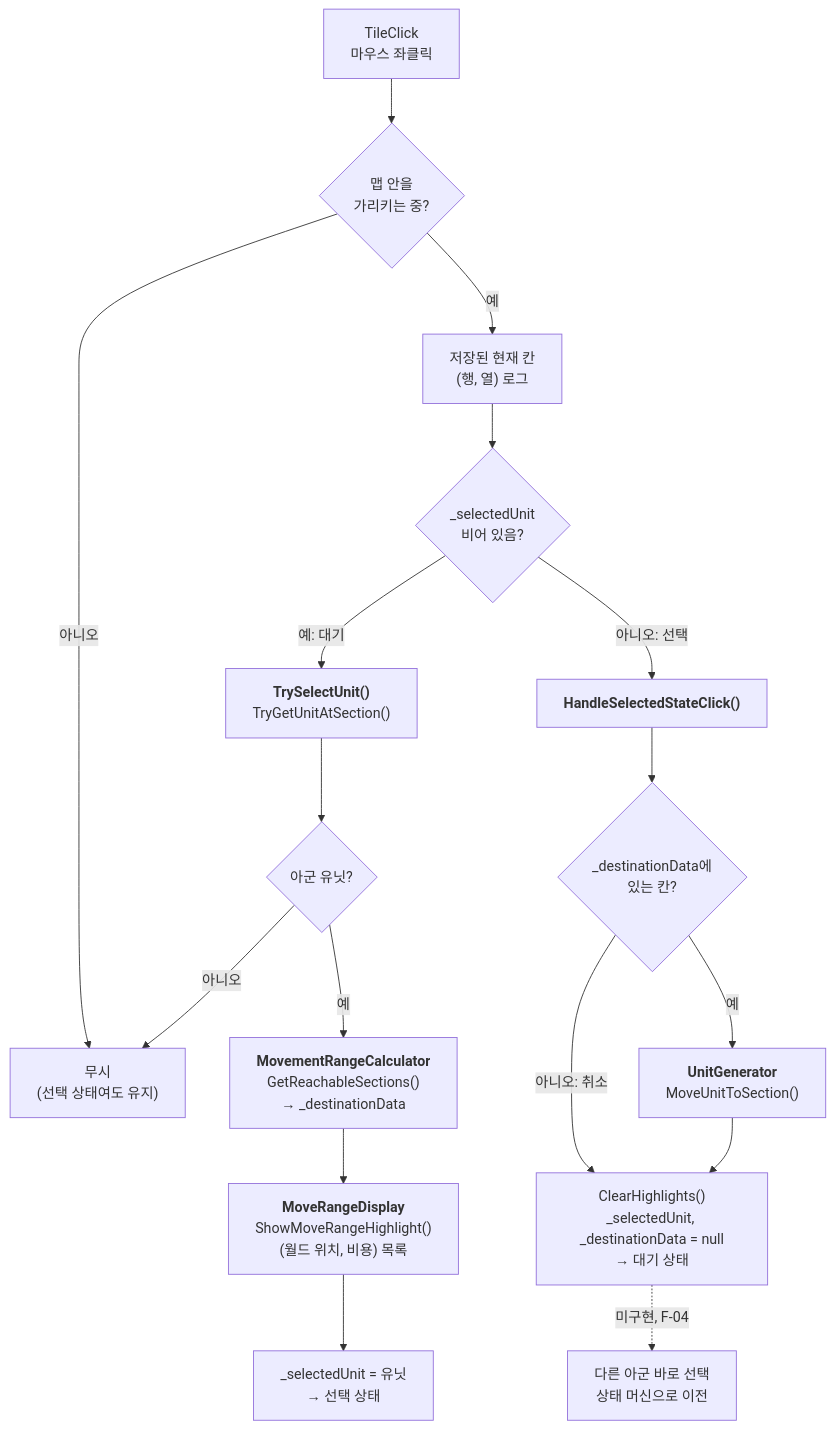
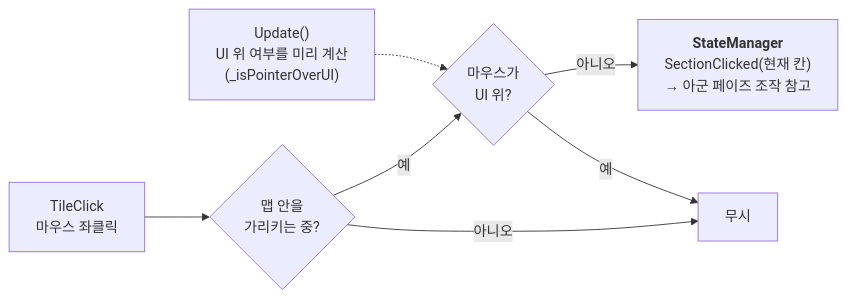
The ninth of 19 diagrams in Docs/ImplementDocs/Diagram.md (jayy5288sk/PersonalProject), drawn with Mermaid before and after one commit. The commit also changed other lines of this file and 1 other file, not shown here.

Commit message:
[Docs] 기술문서 작성 및 다이어그램 갱신

````diff
--- a/Docs/ImplementDocs/Diagram.md
+++ b/Docs/ImplementDocs/Diagram.md
@@ -173,21 +177,9 @@
 ```mermaid
-flowchart TB
-    Click["TileClick<br/>마우스 좌클릭"] --> Check{"맵 안을<br/>가리키는 중?"}
-    Check -->|아니오| End["무시<br/>(선택 상태여도 유지)"]
-    Check -->|예| Use["저장된 현재 칸<br/>(행, 열) 로그"]
-    Use --> State{"_selectedUnit<br/>비어 있음?"}
-
-    State -->|예: 대기| Try["<b>TrySelectUnit()</b><br/>TryGetUnitAtSection()"]
-    Try --> Ally{"아군 유닛?"}
-    Ally -->|아니오| End
-    Ally -->|예| Calc["<b>MovementRangeCalculator</b><br/>GetReachableSections()<br/>→ _destinationData"]
-    Calc --> Show["<b>MoveRangeDisplay</b><br/>ShowMoveRangeHighlight()<br/>(월드 위치, 비용) 목록"]
-    Show --> Sel["_selectedUnit = 유닛<br/>→ 선택 상태"]
-
-    State -->|아니오: 선택| Handle["<b>HandleSelectedStateClick()</b>"]
-    Handle --> Dest{"_destinationData에<br/>있는 칸?"}
-    Dest -->|예| Move["<b>UnitGenerator</b><br/>MoveUnitToSection()"]
-    Dest -->|아니오: 취소| Clear
-    Move --> Clear["ClearHighlights()<br/>_selectedUnit, _destinationData = null<br/>→ 대기 상태"]
-    Clear -.->|미구현, F-04| Switch["다른 아군 바로 선택<br/>상태 머신으로 이전"]
+flowchart LR
+    Frame["Update()<br/>UI 위 여부를 미리 계산<br/>(_isPointerOverUI)"] -.-> UI
+    Click["TileClick<br/>마우스 좌클릭"] --> In{"맵 안을<br/>가리키는 중?"}
+    In -->|아니오| End["무시"]
+    In -->|예| UI{"마우스가<br/>UI 위?"}
+    UI -->|예| End
+    UI -->|아니오| SM["<b>StateManager</b><br/>SectionClicked(현재 칸)<br/>→ 아군 페이즈 조작 참고"]
 ```
````
